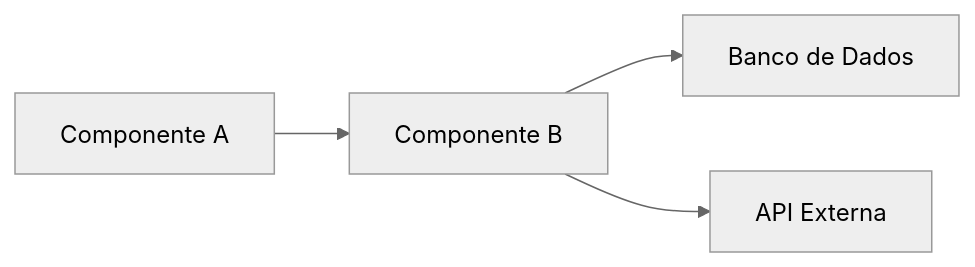
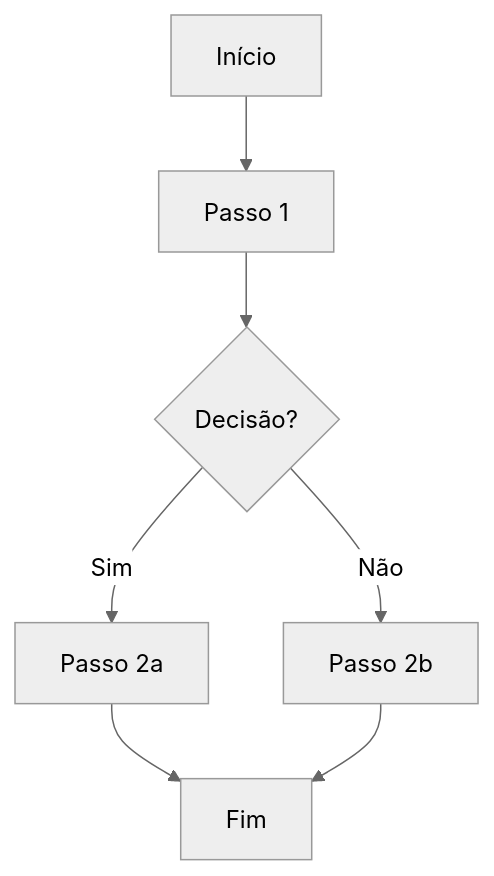
The diagram in docs/templates/feature-template.md (quadradois/tianet), drawn with Mermaid (neutral theme) before and after one commit. The commit also changed other lines of this file and 3 other files, not shown here.

````diff
--- a/docs/templates/feature-template.md
+++ b/docs/templates/feature-template.md
@@ -52,6 +31,9 @@
 ```mermaid
-flowchart LR
-    A[Componente A] --> B[Componente B]
-    B --> C[Banco de Dados]
-    B --> D[API Externa]
+flowchart TD
+    A[Início] --> B[Passo 1]
+    B --> C{Decisão?}
+    C -->|Sim| D[Passo 2a]
+    C -->|Não| E[Passo 2b]
+    D --> F[Fim]
+    E --> F
 ```
````
